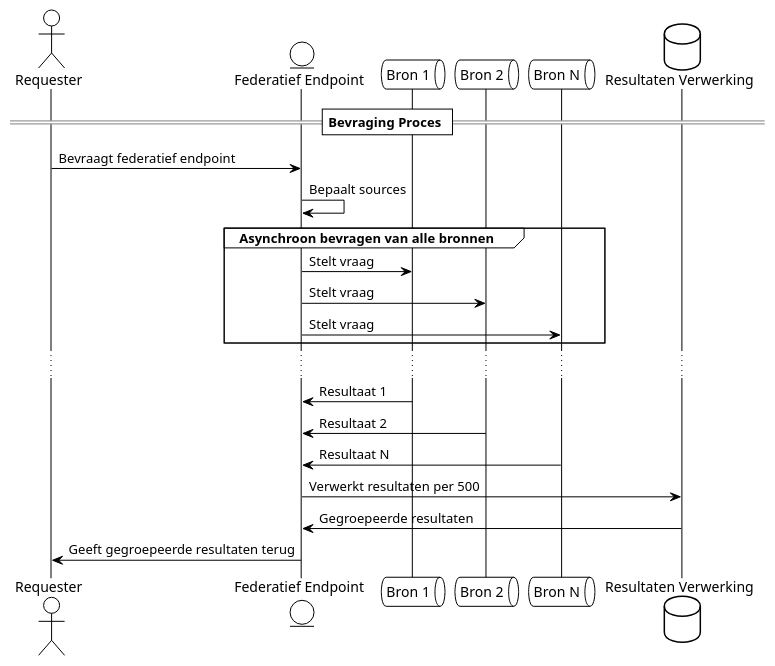
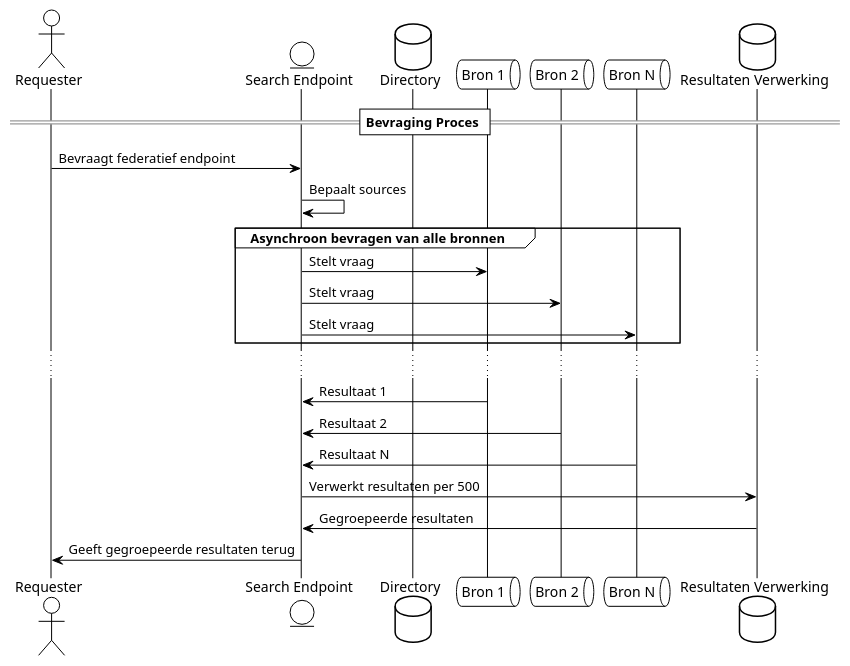
The diagram in docs/handleidingen/Federalisatie.puml (OpenCatalogi/.github), drawn with PlantUML before and after one commit. The commit also changed 1 other file, not shown here.

Commit message:
Directory documentatie

```diff
--- a/docs/handleidingen/Federalisatie.puml
+++ b/docs/handleidingen/Federalisatie.puml
@@ -1,27 +1,28 @@
 @startuml
 !theme plain
 
 actor Requester as "Requester"
-entity "Federatief Endpoint" as FE
+entity "Search Endpoint" as FE
+database "Directory" as Dir
 queue "Bron 1" as B1
 queue "Bron 2" as B2
 queue "Bron N" as BN
 database "Resultaten Verwerking" as RV
 
 == Bevraging Proces ==
 Requester -> FE : Bevraagt federatief endpoint
 FE -> FE : Bepaalt sources
 group Asynchroon bevragen van alle bronnen
     FE -> B1 : Stelt vraag
     FE -> B2 : Stelt vraag
     FE -> BN : Stelt vraag
 end
 ...
 B1 -> FE : Resultaat 1
 B2 -> FE : Resultaat 2
 BN -> FE : Resultaat N
 FE -> RV : Verwerkt resultaten per 500
 RV -> FE : Gegroepeerde resultaten
 FE -> Requester : Geeft gegroepeerde resultaten terug
 
 @enduml
```
